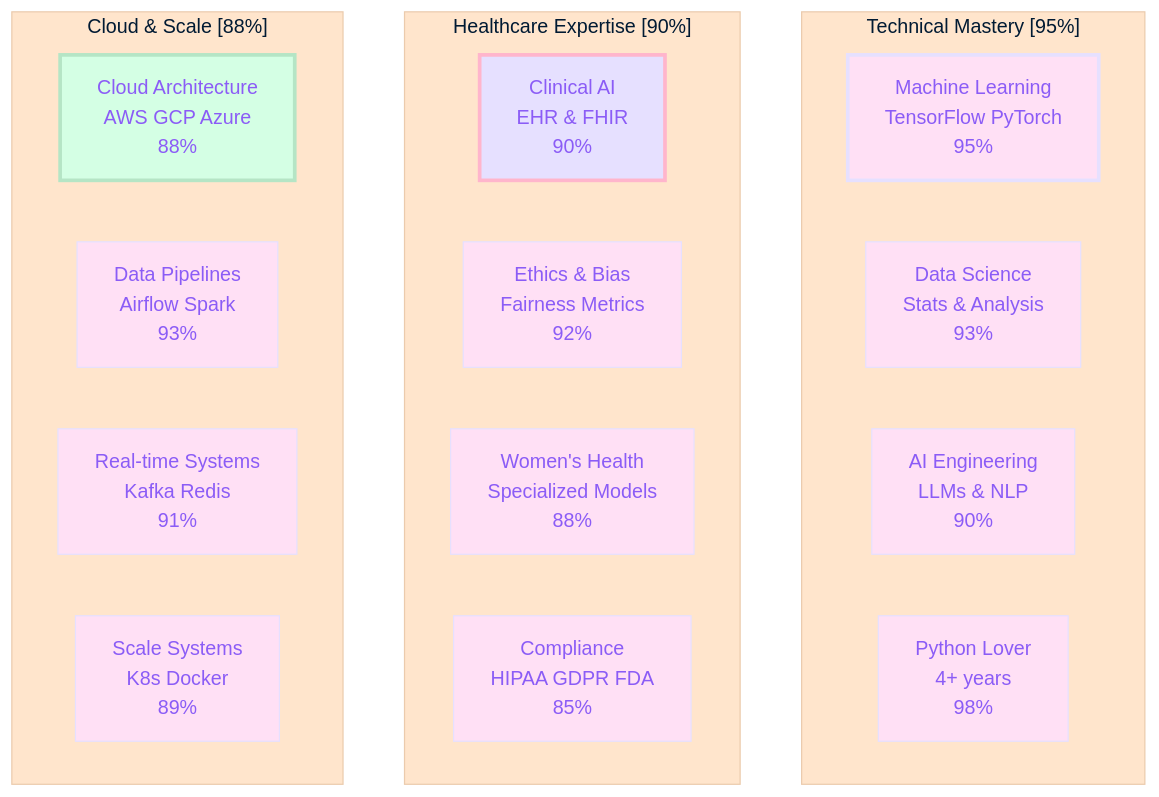
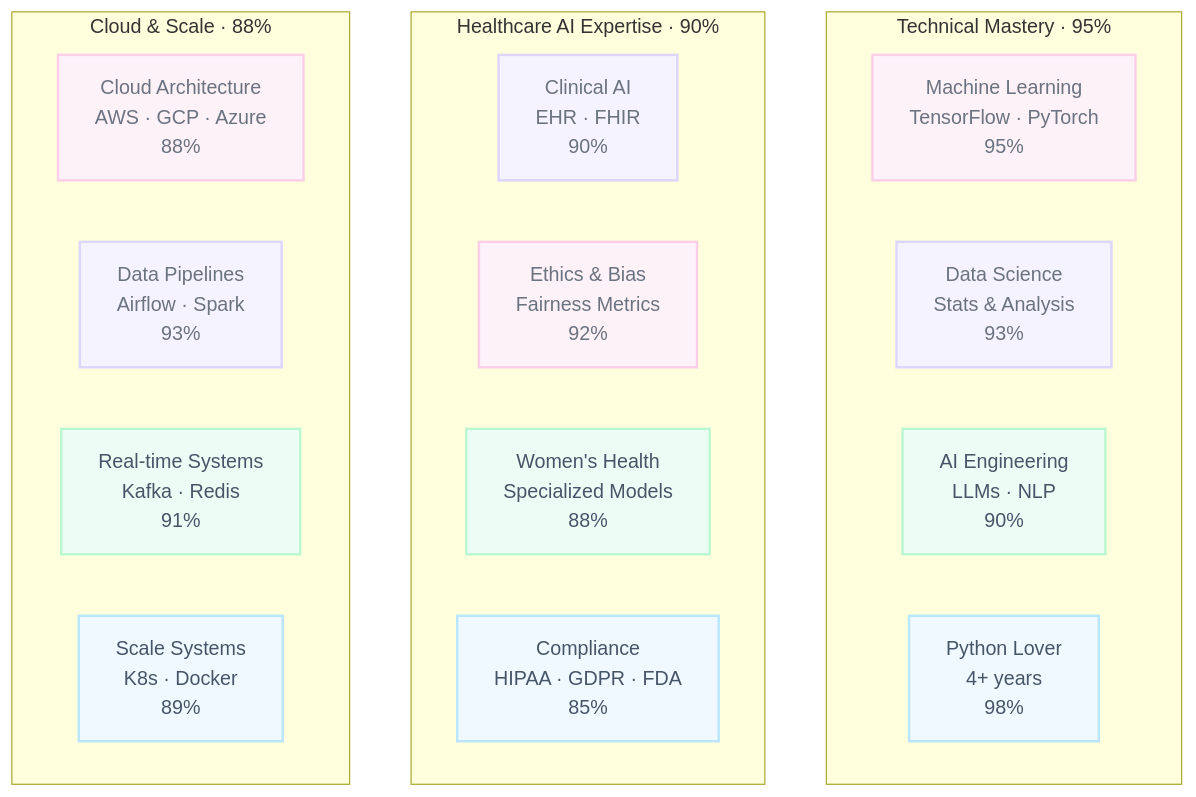
One commit to Cazzy-Aporbo/Cazzy-Aporbo changed the fifth of 8 diagrams in README.md. Above: the diagram before and after it, drawn with Mermaid. The commit also changed other lines of this file, not shown here.

Commit message:
Update README.md
updated coloring

````diff
--- a/README.md
+++ b/README.md
@@ -380,28 +403,52 @@
 ```mermaid
-%%{init: {'theme': 'base', 'themeVariables': { 'primaryColor': '#FFE0F5', 'primaryBorderColor': '#E6E0FF', 'primaryTextColor': '#8B5CF6', 'lineColor': '#FFB5CC', 'secondaryColor': '#D4FFE4', 'tertiaryColor': '#FFE5CC', 'background': '#FFF8FD', 'mainBkg': '#FFE0F5', 'fontSize': '16px'}}}%%
+%%{init: {'theme':'base',
+  'flowchart': {'curve':'basis'},
+  'themeVariables': {
+    'fontSize':'14px',
+    'textColor':'#64748B',          /* slate-500 */
+    'lineColor':'#E9D5FF',          /* violet-200 */
+    'background':'#FFFAFE',         /* blush-50 */
+    'mainBkg':'#FFFFFF',
+    'primaryColor':'#FDF2F8',       /* pink-100 */
+    'primaryBorderColor':'#E9D5FF', /* violet-200 */
+    'tertiaryColor':'#ECFEFF',      /* cyan-50 */
+    'clusterBkg':'#FAF5FF',         /* fuchsia-50 */
+    'clusterBorder':'#E9D5FF',
+    'radius':12
+}}}%%
 graph TB
-    subgraph "Technical Mastery [95%]"
-        ML[Machine Learning<br/>TensorFlow PyTorch<br/>95%] 
-        DS[Data Science<br/>Stats & Analysis<br/>93%]
-        AI[AI Engineering<br/>LLMs & NLP<br/>90%]
-        PY[Python Lover<br/>4+ years<br/>98%]
-    end
-    
-    subgraph "Healthcare Expertise [90%]"
-        HC[Clinical AI<br/>EHR & FHIR<br/>90%]
-        ET[Ethics & Bias<br/>Fairness Metrics<br/>92%]
-        WH[Women's Health<br/>Specialized Models<br/>88%]
-        CO[Compliance<br/>HIPAA GDPR FDA<br/>85%]
-    end
-    
-    subgraph "Cloud & Scale [88%]"
-        CL[Cloud Architecture<br/>AWS GCP Azure<br/>88%]
-        DP[Data Pipelines<br/>Airflow Spark<br/>93%]
-        RT[Real-time Systems<br/>Kafka Redis<br/>91%]
-        SC[Scale Systems<br/>K8s Docker<br/>89%]
-    end
-    
-    style ML fill:#FFE0F5,stroke:#E6E0FF,stroke-width:3px
-    style HC fill:#E6E0FF,stroke:#FFB5CC,stroke-width:3px
-    style CL fill:#D4FFE4,stroke:#B5E5C5,stroke-width:3px
+
+%% pastel classes (mismatched, all very light)
+classDef pink  fill:#FDF2F8,stroke:#FBCFE8,stroke-width:2px,color:#6B7280;
+classDef lilac fill:#F5F3FF,stroke:#DDD6FE,stroke-width:2px,color:#6B7280;
+classDef mint  fill:#ECFDF5,stroke:#BBF7D0,stroke-width:2px,color:#475569;
+classDef sky   fill:#F0F9FF,stroke:#BAE6FD,stroke-width:2px,color:#475569;
+
+subgraph "Technical Mastery · 95%"
+  ML[Machine Learning<br/>TensorFlow · PyTorch<br/>95%]
+  DS[Data Science<br/>Stats & Analysis<br/>93%]
+  AI[AI Engineering<br/>LLMs · NLP<br/>90%]
+  PY[Python Lover<br/>4+ years<br/>98%]
+end
+
+subgraph "Healthcare AI Expertise · 90%"
+  HC[Clinical AI<br/>EHR · FHIR<br/>90%]
+  ET[Ethics & Bias<br/>Fairness Metrics<br/>92%]
+  WH[Women's Health<br/>Specialized Models<br/>88%]
+  CO[Compliance<br/>HIPAA · GDPR · FDA<br/>85%]
+end
+
+subgraph "Cloud & Scale · 88%"
+  CL[Cloud Architecture<br/>AWS · GCP · Azure<br/>88%]
+  DP[Data Pipelines<br/>Airflow · Spark<br/>93%]
+  RT[Real-time Systems<br/>Kafka · Redis<br/>91%]
+  SC[Scale Systems<br/>K8s · Docker<br/>89%]
+end
+
+%% assign cute mismatched pastels
+class ML,ET,CL pink
+class DS,HC,DP lilac
+class AI,WH,RT mint
+class PY,CO,SC sky
+
 ```
````
